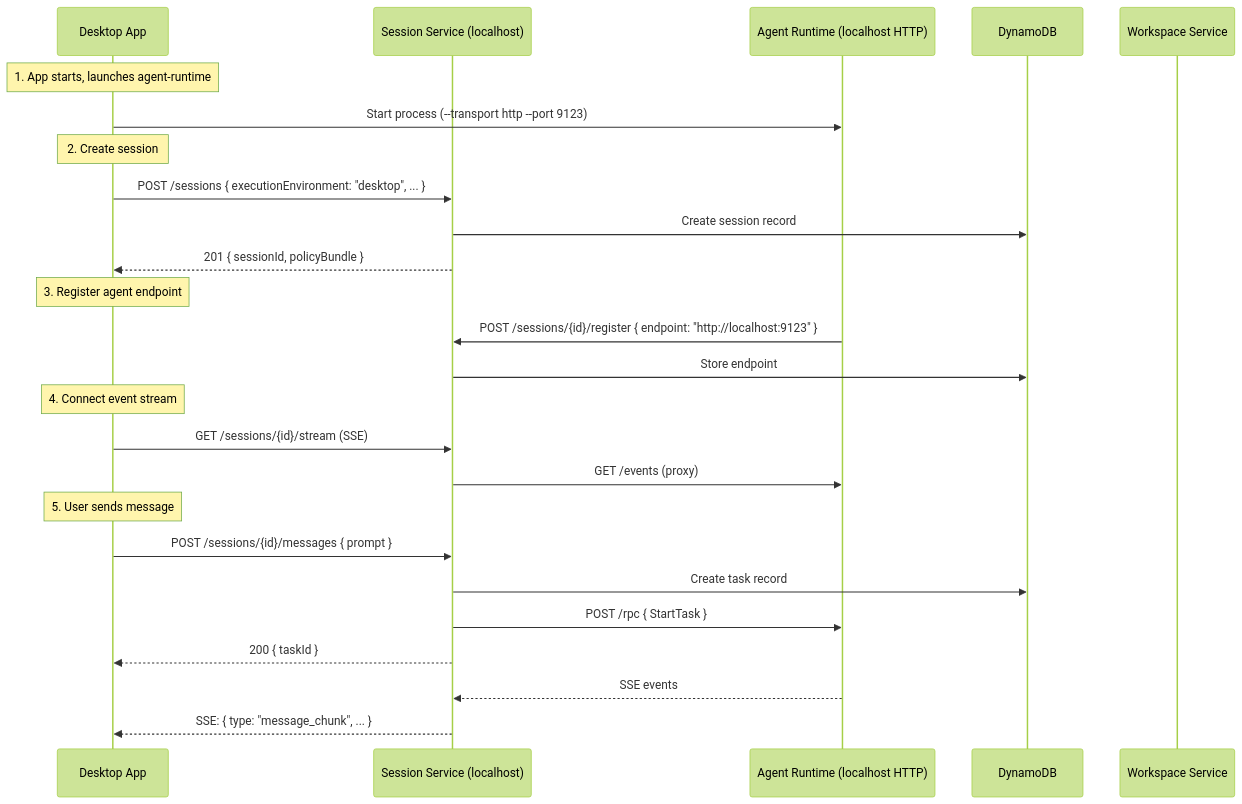
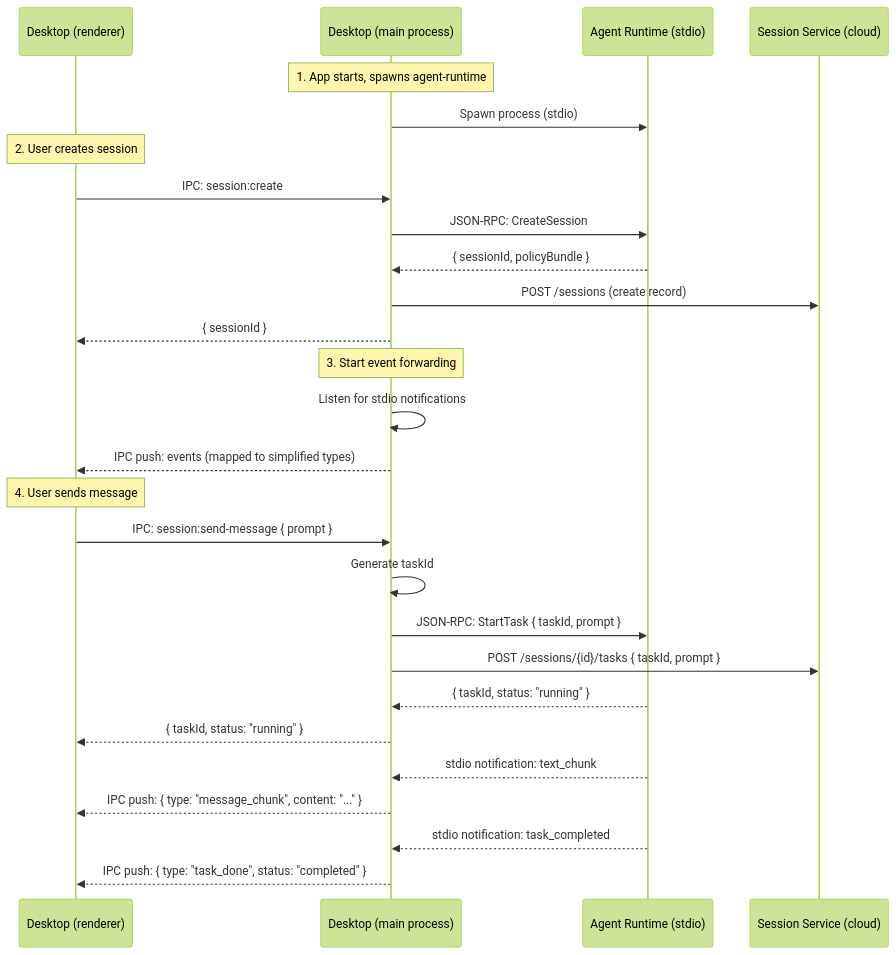
Before and after one commit to suman724/cowork-infra: diagram 14 of 16 in docs/design/simplified-session-api.md, drawn with Mermaid (forest theme). The commit also changed other lines of this file, not shown here.

First line of the commit message:
docs: clarify desktop vs web BFF architecture with component diagrams

````diff
--- a/docs/design/simplified-session-api.md
+++ b/docs/design/simplified-session-api.md
@@ -579,33 +696,34 @@
 ```mermaid
 sequenceDiagram
-    participant Desktop as Desktop App
-    participant SS as Session Service (localhost)
-    participant Agent as Agent Runtime (localhost HTTP)
-    participant DB as DynamoDB
-    participant WS as Workspace Service
+    participant Renderer as Desktop (renderer)
+    participant Main as Desktop (main process)
+    participant Agent as Agent Runtime (stdio)
+    participant SS as Session Service (cloud)
 
-    Note over Desktop: 1. App starts, launches agent-runtime
-    Desktop->>Agent: Start process (--transport http --port 9123)
+    Note over Main: 1. App starts, spawns agent-runtime
+    Main->>Agent: Spawn process (stdio)
 
-    Note over Desktop: 2. Create session
-    Desktop->>SS: POST /sessions { executionEnvironment: "desktop", ... }
-    SS->>DB: Create session record
-    SS-->>Desktop: 201 { sessionId, policyBundle }
+    Note over Renderer: 2. User creates session
+    Renderer->>Main: IPC: session:create
+    Main->>Agent: JSON-RPC: CreateSession
+    Agent-->>Main: { sessionId, policyBundle }
+    Main->>SS: POST /sessions (create record)
+    Main-->>Renderer: { sessionId }
 
-    Note over Desktop: 3. Register agent endpoint
-    Agent->>SS: POST /sessions/{id}/register { endpoint: "http://localhost:9123" }
-    SS->>DB: Store endpoint
+    Note over Main: 3. Start event forwarding
+    Main->>Main: Listen for stdio notifications
+    Main-->>Renderer: IPC push: events (mapped to simplified types)
 
-    Note over Desktop: 4. Connect event stream
-    Desktop->>SS: GET /sessions/{id}/stream (SSE)
-    SS->>Agent: GET /events (proxy)
+    Note over Renderer: 4. User sends message
+    Renderer->>Main: IPC: session:send-message { prompt }
+    Main->>Main: Generate taskId
+    Main->>Agent: JSON-RPC: StartTask { taskId, prompt }
+    Main->>SS: POST /sessions/{id}/tasks { taskId, prompt }
+    Agent-->>Main: { taskId, status: "running" }
+    Main-->>Renderer: { taskId, status: "running" }
 
-    Note over Desktop: 5. User sends message
-    Desktop->>SS: POST /sessions/{id}/messages { prompt }
-    SS->>DB: Create task record
-    SS->>Agent: POST /rpc { StartTask }
-    SS-->>Desktop: 200 { taskId }
-
-    Agent-->>SS: SSE events
-    SS-->>Desktop: SSE: { type: "message_chunk", ... }
+    Agent-->>Main: stdio notification: text_chunk
+    Main-->>Renderer: IPC push: { type: "message_chunk", content: "..." }
+    Agent-->>Main: stdio notification: task_completed
+    Main-->>Renderer: IPC push: { type: "task_done", status: "completed" }
 ```
````
